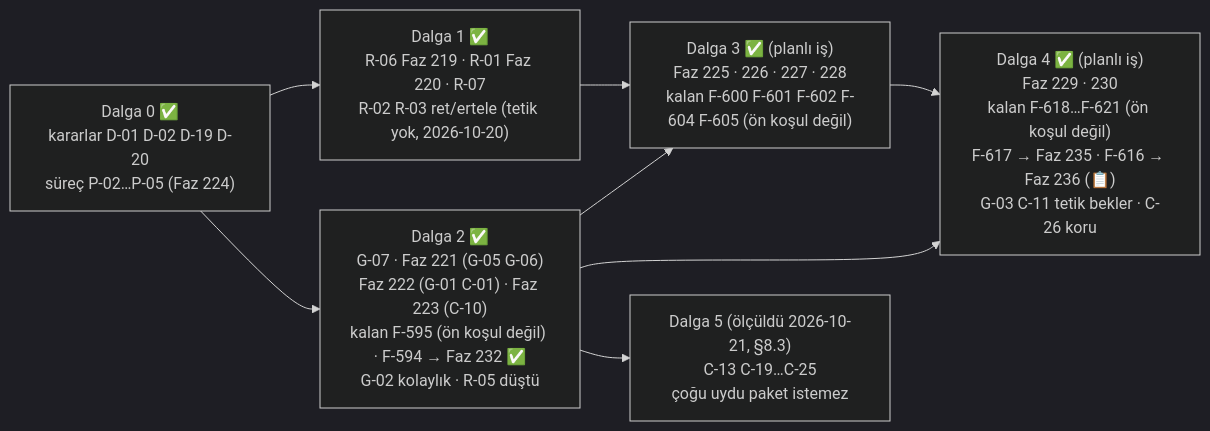
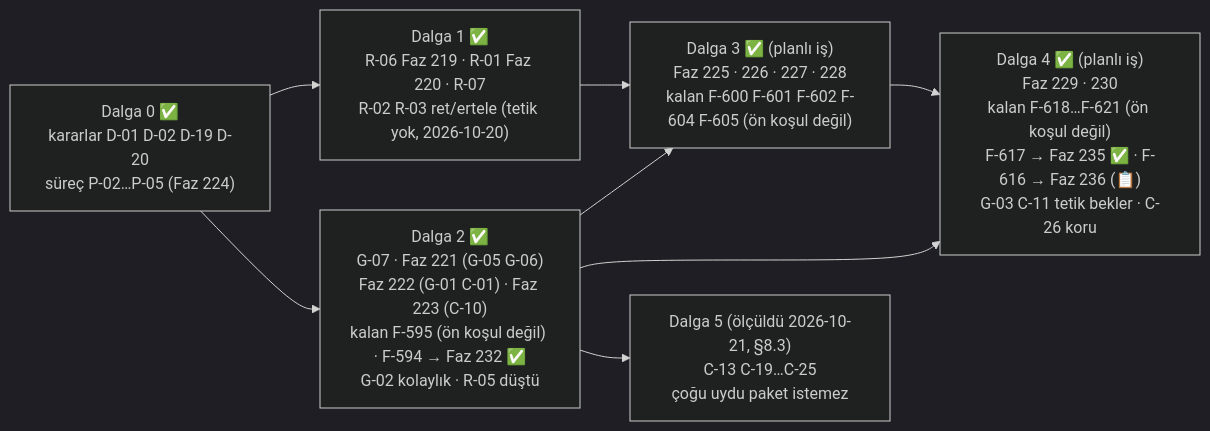
One commit to farukatasoy/Tracon changed the diagram in docs/MAF-KAPSAMA.md. Above: the diagram before and after it, drawn with Mermaid (dark theme). The commit also changed other lines of this file and 10 other files, not shown here.

````diff
--- a/docs/MAF-KAPSAMA.md
+++ b/docs/MAF-KAPSAMA.md
@@ -654,16 +655,16 @@
 ```mermaid
 flowchart LR
     D0["Dalga 0 ✅<br/>kararlar D-01 D-02 D-19 D-20<br/>süreç P-02…P-05 (Faz 224)"]
     D1["Dalga 1 ✅<br/>R-06 Faz 219 · R-01 Faz 220 · R-07<br/>R-02 R-03 ret/ertele (tetik yok, 2026-10-20)"]
     D2["Dalga 2 ✅<br/>G-07 · Faz 221 (G-05 G-06)<br/>Faz 222 (G-01 C-01) · Faz 223 (C-10)<br/>kalan F-595 (ön koşul değil) · F-594 → Faz 232 ✅<br/>G-02 kolaylık · R-05 düştü"]
     D3["Dalga 3 ✅ (planlı iş)<br/>Faz 225 · 226 · 227 · 228<br/>kalan F-600 F-601 F-602 F-604 F-605 (ön koşul değil)"]
-    D4["Dalga 4 ✅ (planlı iş)<br/>Faz 229 · 230<br/>kalan F-618…F-621 (ön koşul değil)<br/>F-617 → Faz 235 · F-616 → Faz 236 (📋)<br/>G-03 C-11 tetik bekler · C-26 koru"]
+    D4["Dalga 4 ✅ (planlı iş)<br/>Faz 229 · 230<br/>kalan F-618…F-621 (ön koşul değil)<br/>F-617 → Faz 235 ✅ · F-616 → Faz 236 (📋)<br/>G-03 C-11 tetik bekler · C-26 koru"]
     D5["Dalga 5 (ölçüldü 2026-10-21, §8.3)<br/>C-13 C-19…C-25<br/>çoğu uydu paket istemez"]
     D0 --> D1
     D0 --> D2
     D1 --> D3
     D2 --> D3
     D2 --> D4
     D3 --> D4
     D2 --> D5
 ```
````
